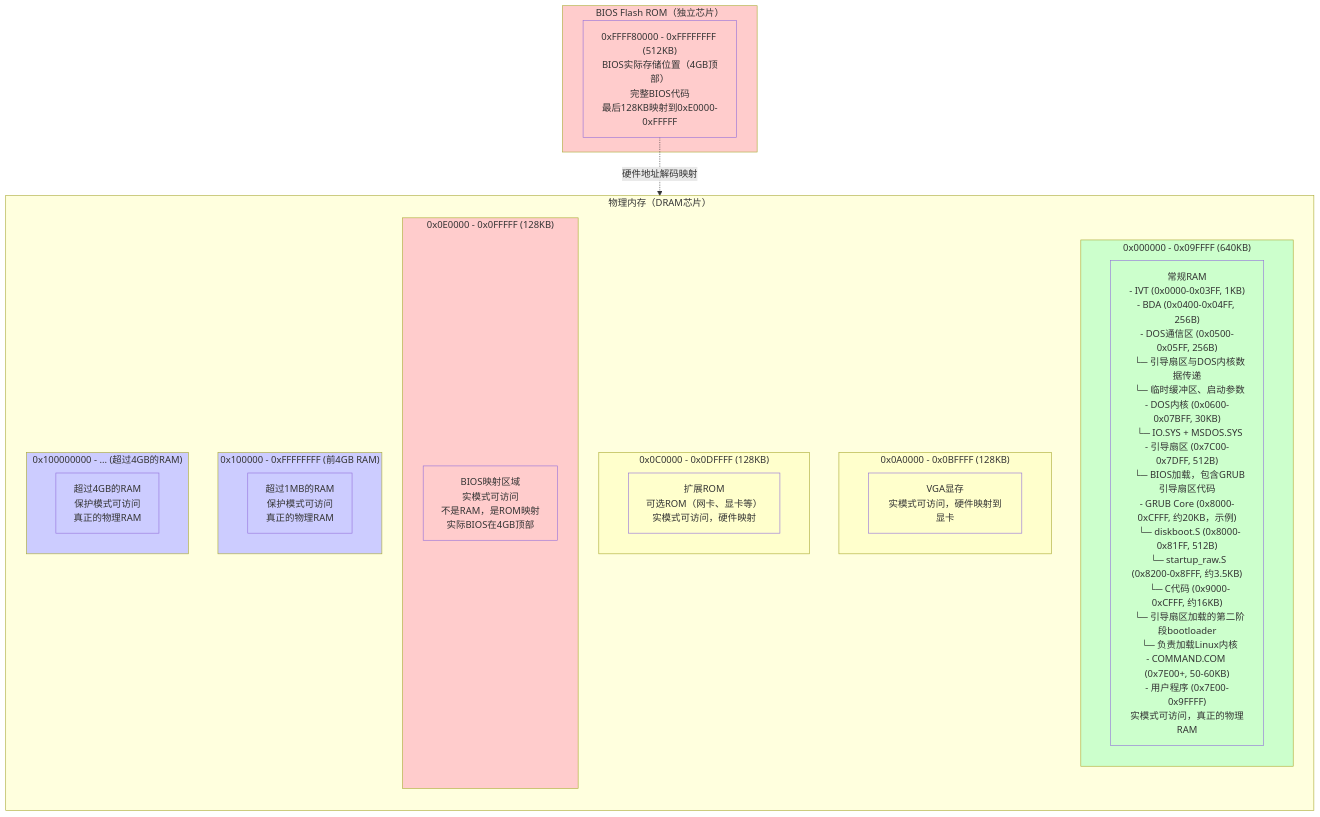
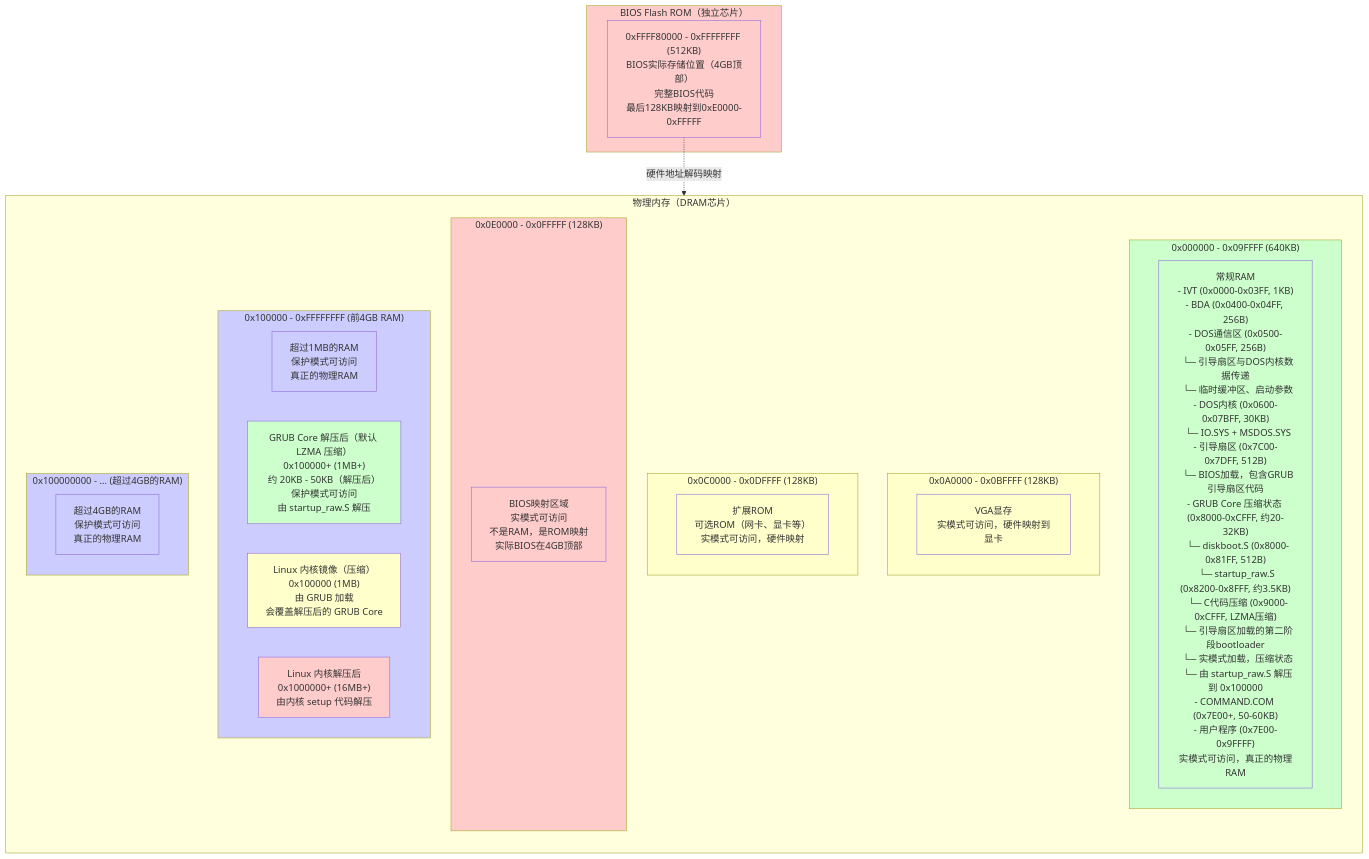
Before and after one commit to liweinan/bootimage-example: the diagram in BIOS_MEMORY_LAYOUT.md, drawn with Mermaid. The commit also changed other lines of this file and 4 other files, not shown here.

First line of the commit message:
统一文档：明确 GRUB Core 默认使用 LZMA 压缩

````diff
--- a/BIOS_MEMORY_LAYOUT.md
+++ b/BIOS_MEMORY_LAYOUT.md
@@ -287,51 +287,57 @@
    ```mermaid
    flowchart TB
        subgraph DRAM["物理内存（DRAM芯片）"]
            direction TB
            
            subgraph Low640KB["0x000000 - 0x09FFFF (640KB)"]
-               LowRAM["常规RAM<br/>- IVT (0x0000-0x03FF, 1KB)<br/>- BDA (0x0400-0x04FF, 256B)<br/>- DOS通信区 (0x0500-0x05FF, 256B)<br/>  └─ 引导扇区与DOS内核数据传递<br/>  └─ 临时缓冲区、启动参数<br/>- DOS内核 (0x0600-0x07BFF, 30KB)<br/>  └─ IO.SYS + MSDOS.SYS<br/>- 引导扇区 (0x7C00-0x7DFF, 512B)<br/>  └─ BIOS加载，包含GRUB引导扇区代码<br/>- GRUB Core (0x8000-0xCFFF, 约20KB，示例)<br/>  └─ diskboot.S (0x8000-0x81FF, 512B)<br/>  └─ startup_raw.S (0x8200-0x8FFF, 约3.5KB)<br/>  └─ C代码 (0x9000-0xCFFF, 约16KB)<br/>  └─ 引导扇区加载的第二阶段bootloader<br/>  └─ 负责加载Linux内核<br/>- COMMAND.COM (0x7E00+, 50-60KB)<br/>- 用户程序 (0x7E00-0x9FFFF)<br/>实模式可访问，真正的物理RAM"]
+               LowRAM["常规RAM<br/>- IVT (0x0000-0x03FF, 1KB)<br/>- BDA (0x0400-0x04FF, 256B)<br/>- DOS通信区 (0x0500-0x05FF, 256B)<br/>  └─ 引导扇区与DOS内核数据传递<br/>  └─ 临时缓冲区、启动参数<br/>- DOS内核 (0x0600-0x07BFF, 30KB)<br/>  └─ IO.SYS + MSDOS.SYS<br/>- 引导扇区 (0x7C00-0x7DFF, 512B)<br/>  └─ BIOS加载，包含GRUB引导扇区代码<br/>- GRUB Core 压缩状态 (0x8000-0xCFFF, 约20-32KB)<br/>  └─ diskboot.S (0x8000-0x81FF, 512B)<br/>  └─ startup_raw.S (0x8200-0x8FFF, 约3.5KB)<br/>  └─ C代码压缩 (0x9000-0xCFFF, LZMA压缩)<br/>  └─ 引导扇区加载的第二阶段bootloader<br/>  └─ 实模式加载，压缩状态<br/>  └─ 由 startup_raw.S 解压到 0x100000<br/>- COMMAND.COM (0x7E00+, 50-60KB)<br/>- 用户程序 (0x7E00-0x9FFFF)<br/>实模式可访问，真正的物理RAM"]
            end
            
            subgraph VGARAM["0x0A0000 - 0x0BFFFF (128KB)"]
                VGAMem["VGA显存<br/>实模式可访问，硬件映射到显卡"]
            end
            
            subgraph ExtROM["0x0C0000 - 0x0DFFFF (128KB)"]
                OptionROM["扩展ROM<br/>可选ROM（网卡、显卡等）<br/>实模式可访问，硬件映射"]
            end
            
            subgraph BIOSMap["0x0E0000 - 0x0FFFFF (128KB)"]
                BIOSMapped["BIOS映射区域<br/>实模式可访问<br/>不是RAM，是ROM映射<br/>实际BIOS在4GB顶部"]
            end
            
            subgraph Above1MB["0x100000 - 0xFFFFFFFF (前4GB RAM)"]
                RAM4GB["超过1MB的RAM<br/>保护模式可访问<br/>真正的物理RAM"]
+               GRUBDecomp["GRUB Core 解压后（默认 LZMA 压缩）<br/>0x100000+ (1MB+)<br/>约 20KB - 50KB（解压后）<br/>保护模式可访问<br/>由 startup_raw.S 解压"]
+               KernelLoad["Linux 内核镜像（压缩）<br/>0x100000 (1MB)<br/>由 GRUB 加载<br/>会覆盖解压后的 GRUB Core"]
+               KernelDecomp["Linux 内核解压后<br/>0x1000000+ (16MB+)<br/>由内核 setup 代码解压"]
            end
            
            subgraph Above4GB["0x100000000 - ... (超过4GB的RAM)"]
                RAM8GB["超过4GB的RAM<br/>保护模式可访问<br/>真正的物理RAM"]
            end
        end
        
        subgraph BIOSROM["BIOS Flash ROM（独立芯片）"]
            BIOSFull["0xFFFF80000 - 0xFFFFFFFF (512KB)<br/>BIOS实际存储位置（4GB顶部）<br/>完整BIOS代码<br/>最后128KB映射到0xE0000-0xFFFFF"]
        end
        
        BIOSFull -.->|"硬件地址解码映射"| BIOSMapped
        
        style Low640KB fill:#ccffcc
        style LowRAM fill:#ccffcc
        style VGARAM fill:#ffffcc
        style VGAMem fill:#ffffcc
        style ExtROM fill:#ffffcc
        style OptionROM fill:#ffffcc
        style BIOSMap fill:#ffcccc
        style BIOSMapped fill:#ffcccc
        style Above1MB fill:#ccccff
        style RAM4GB fill:#ccccff
+       style GRUBDecomp fill:#ccffcc
+       style KernelLoad fill:#ffffcc
+       style KernelDecomp fill:#ffcccc
        style Above4GB fill:#ccccff
        style RAM8GB fill:#ccccff
        style BIOSROM fill:#ffcccc
        style BIOSFull fill:#ffcccc
    ```
````
